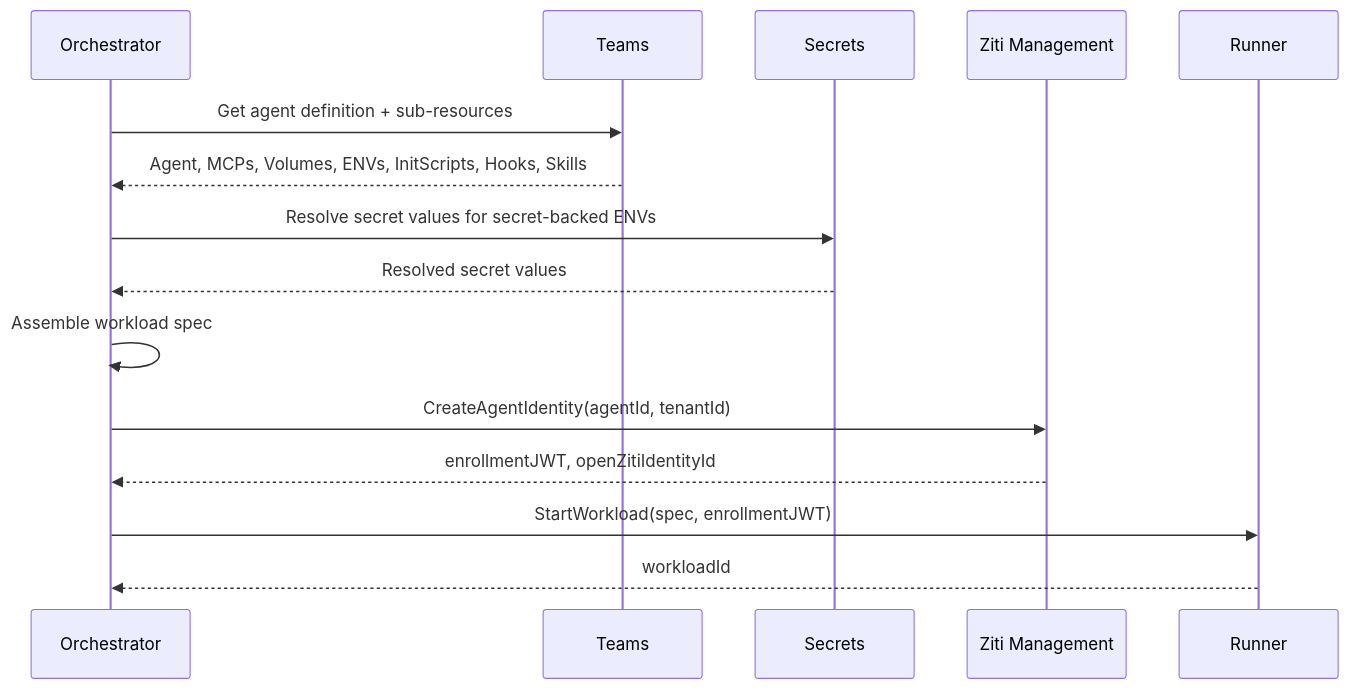
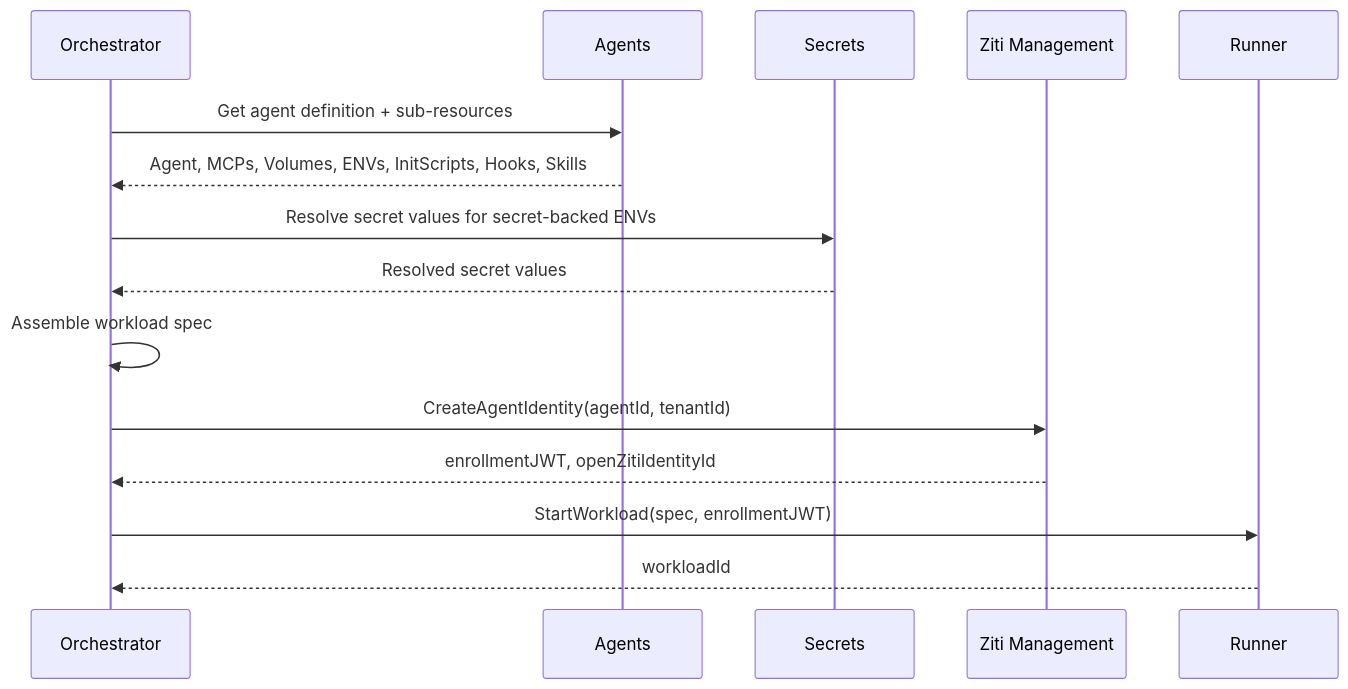
Before and after one commit to agynio/architecture: the third of 4 diagrams in architecture/agents-orchestrator.md, drawn with Mermaid. The commit also changed other lines of this file and 17 other files, not shown here.

First line of the commit message:
feat: rename Teams → Agents, migrate Gateway to ConnectRPC

````diff
--- a/architecture/agents-orchestrator.md
+++ b/architecture/agents-orchestrator.md
@@ -90,18 +90,18 @@
 ```mermaid
 sequenceDiagram
     participant O as Orchestrator
-    participant T as Teams
+    participant T as Agents
     participant S as Secrets
     participant ZM as Ziti Management
     participant R as Runner
 
     O->>T: Get agent definition + sub-resources
     T-->>O: Agent, MCPs, Volumes, ENVs, InitScripts, Hooks, Skills
     O->>S: Resolve secret values for secret-backed ENVs
     S-->>O: Resolved secret values
     O->>O: Assemble workload spec
     O->>ZM: CreateAgentIdentity(agentId, tenantId)
     ZM-->>O: enrollmentJWT, openZitiIdentityId
     O->>R: StartWorkload(spec, enrollmentJWT)
     R-->>O: workloadId
 ```
````
